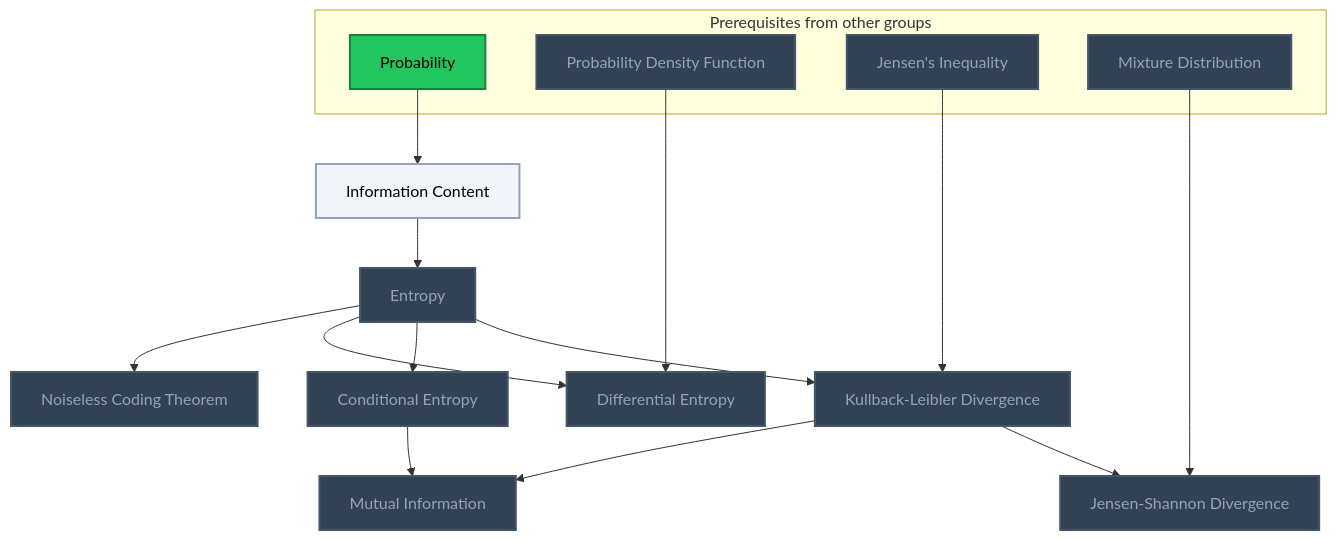
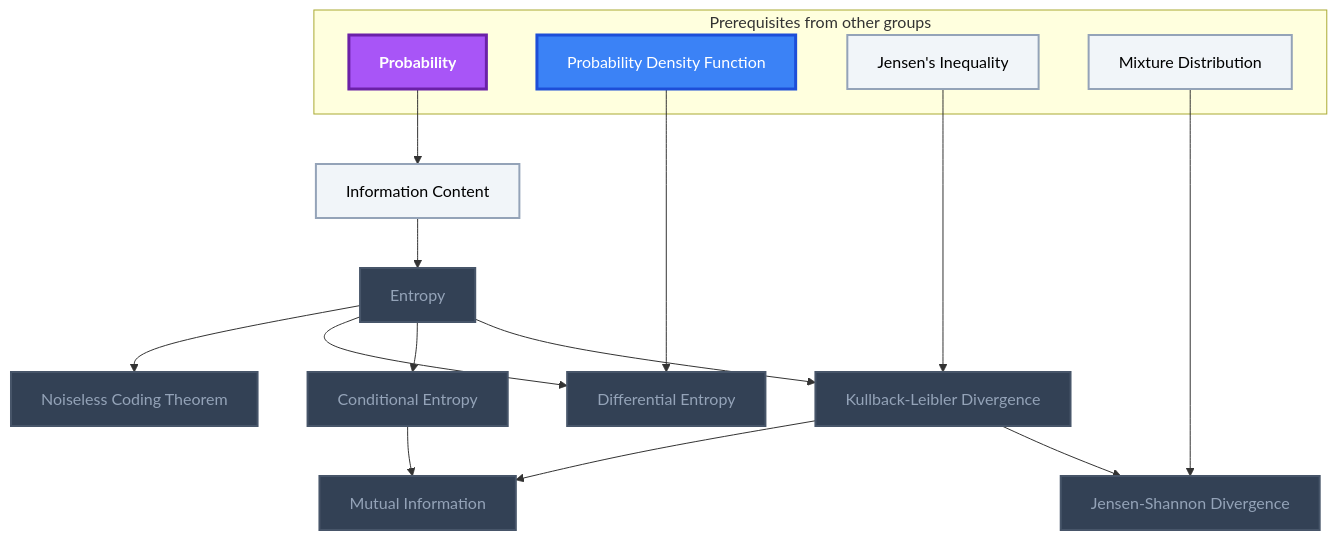
One commit to MRauf1/My-Notes changed the fifth of 9 diagrams in Gamification/Skill Trees/Machine Learning.md. Above: the diagram before and after it, drawn with Mermaid. The commit also changed other lines of this file and 145 other files, not shown here.

````diff
--- a/Gamification/Skill Trees/Machine Learning.md
+++ b/Gamification/Skill Trees/Machine Learning.md
@@ -206,42 +208,43 @@
 ```mermaid
 flowchart TD
     classDef planned fill:#1E293B,stroke:#64748B,stroke-width:2px,stroke-dasharray:5 5,color:#94A3B8;
     classDef locked fill:#334155,stroke:#475569,stroke-width:2px,color:#94A3B8;
     classDef L0 fill:#F1F5F9,stroke:#94A3B8,stroke-width:2px,color:#000000;
     classDef L1 fill:#22C55E,stroke:#15803D,stroke-width:2px,color:#000000;
     classDef L2 fill:#3B82F6,stroke:#1D4ED8,stroke-width:3px,color:#FFFFFF;
     classDef L3 fill:#A855F7,stroke:#6B21A8,stroke-width:3px,color:#FFFFFF,font-weight:bold;
     classDef L4 fill:#F97316,stroke:#C2410C,stroke-width:4px,color:#000000,font-weight:bold;
     classDef L5 fill:#FFD700,stroke:#FF8C00,stroke-width:5px,color:#000000,font-weight:bold;
     classDef rusty stroke:#8B4513,stroke-width:4px,stroke-dasharray:3 3;
     subgraph sg_prereqs["Prerequisites from other groups"]
         n_probability["Probability"]
         n_probability_density_function["Probability Density Function"]
         n_jensen_s_inequality["Jensen's Inequality"]
         n_mixture_distribution["Mixture Distribution"]
     end
     n_information_content["Information Content"]
     n_entropy["Entropy"]
     n_noiseless_coding_theorem["Noiseless Coding Theorem"]
     n_differential_entropy["Differential Entropy"]
     n_conditional_entropy["Conditional Entropy"]
     n_kullback_leibler_divergence["Kullback-Leibler Divergence"]
     n_mutual_information["Mutual Information"]
     n_jensen_shannon_divergence["Jensen-Shannon Divergence"]
     n_probability --> n_information_content
     n_information_content --> n_entropy
     n_entropy --> n_noiseless_coding_theorem
     n_entropy --> n_differential_entropy
     n_probability_density_function --> n_differential_entropy
     n_entropy --> n_conditional_entropy
     n_entropy --> n_kullback_leibler_divergence
     n_jensen_s_inequality --> n_kullback_leibler_divergence
     n_kullback_leibler_divergence --> n_mutual_information
     n_conditional_entropy --> n_mutual_information
     n_kullback_leibler_divergence --> n_jensen_shannon_divergence
     n_mixture_distribution --> n_jensen_shannon_divergence
-    class n_probability_density_function,n_jensen_s_inequality,n_mixture_distribution,n_entropy,n_noiseless_coding_theorem,n_differential_entropy,n_conditional_entropy,n_kullback_leibler_divergence,n_mutual_information,n_jensen_shannon_divergence locked;
-    class n_information_content L0;
-    class n_probability L1;
+    class n_entropy,n_noiseless_coding_theorem,n_differential_entropy,n_conditional_entropy,n_kullback_leibler_divergence,n_mutual_information,n_jensen_shannon_divergence locked;
+    class n_jensen_s_inequality,n_mixture_distribution,n_information_content L0;
+    class n_probability_density_function L2;
+    class n_probability L3;
     class n_probability,n_probability_density_function,n_jensen_s_inequality,n_mixture_distribution,n_information_content,n_entropy,n_noiseless_coding_theorem,n_differential_entropy,n_conditional_entropy,n_kullback_leibler_divergence,n_mutual_information,n_jensen_shannon_divergence internal-link;
 ```
````
